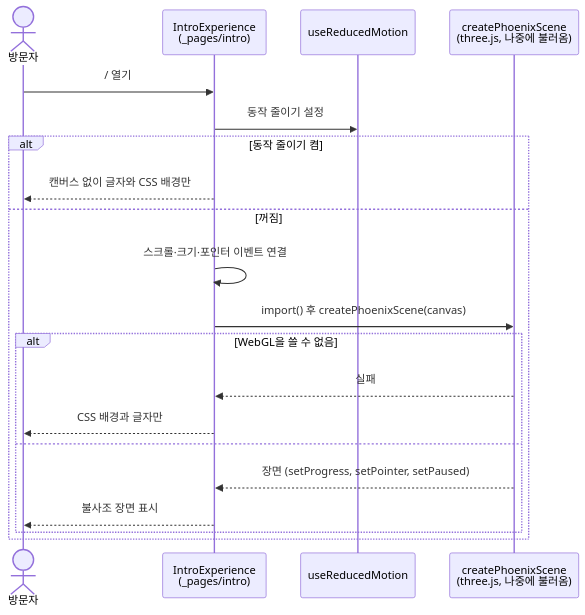
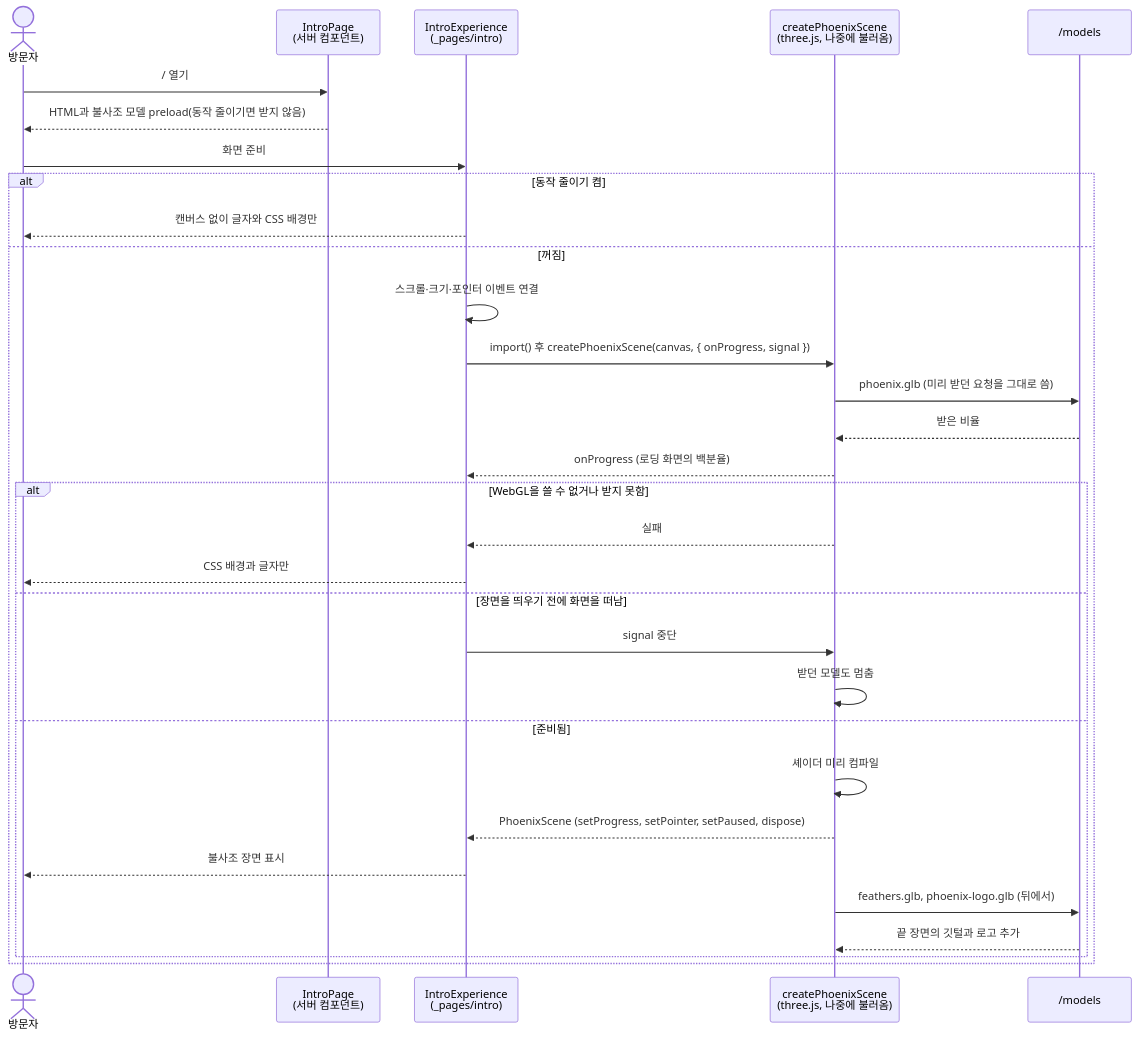
Before and after one commit to ryushin01/Genesis: the first of 2 diagrams in docs/sequence-diagrams.md, drawn with Mermaid. The commit also changed other lines of this file, not shown here.

Commit message:
시퀀스 다이어그램을 0.5.0 동작에 맞게 고침
모델 미리 받기와 끝 장면 늦게 받기, 받는 중 화면을 떠날 때 중단, 셰이더 미리 컴파일,
정지하면 따라잡은 뒤 그리기 멈춤, 메인으로 갈 때 자원 정리를 반영하고 없어진 제로 고리·이미지 프레임 표현을 뺌

````diff
--- a/docs/sequence-diagrams.md
+++ b/docs/sequence-diagrams.md
@@ -7,23 +9,34 @@
 ```mermaid
 sequenceDiagram
     actor 방문자
+    participant 페이지 as IntroPage<br/>(서버 컴포넌트)
     participant 인트로 as IntroExperience<br/>(_pages/intro)
-    participant 설정 as useReducedMotion
     participant 장면 as createPhoenixScene<br/>(three.js, 나중에 불러옴)
+    participant 모델 as /models
 
-    방문자->>인트로: / 열기
-    인트로->>설정: 동작 줄이기 설정
+    방문자->>페이지: / 열기
+    페이지-->>방문자: HTML과 불사조 모델 preload(동작 줄이기면 받지 않음)
+    방문자->>인트로: 화면 준비
     alt 동작 줄이기 켬
         인트로-->>방문자: 캔버스 없이 글자와 CSS 배경만
     else 꺼짐
         인트로->>인트로: 스크롤·크기·포인터 이벤트 연결
-        인트로->>장면: import() 후 createPhoenixScene(canvas)
-        alt WebGL을 쓸 수 없음
+        인트로->>장면: import() 후 createPhoenixScene(canvas, { onProgress, signal })
+        장면->>모델: phoenix.glb (미리 받던 요청을 그대로 씀)
+        모델-->>장면: 받은 비율
+        장면-->>인트로: onProgress (로딩 화면의 백분율)
+        alt WebGL을 쓸 수 없거나 받지 못함
             장면-->>인트로: 실패
             인트로-->>방문자: CSS 배경과 글자만
-        else
-            장면-->>인트로: 장면 (setProgress, setPointer, setPaused)
+        else 장면을 띄우기 전에 화면을 떠남
+            인트로->>장면: signal 중단
+            장면->>장면: 받던 모델도 멈춤
+        else 준비됨
+            장면->>장면: 셰이더 미리 컴파일
+            장면-->>인트로: PhoenixScene (setProgress, setPointer, setPaused, dispose)
             인트로-->>방문자: 불사조 장면 표시
+            장면->>모델: feathers.glb, phoenix-logo.glb (뒤에서)
+            모델-->>장면: 끝 장면의 깃털과 로고 추가
         end
     end
 ```
````
